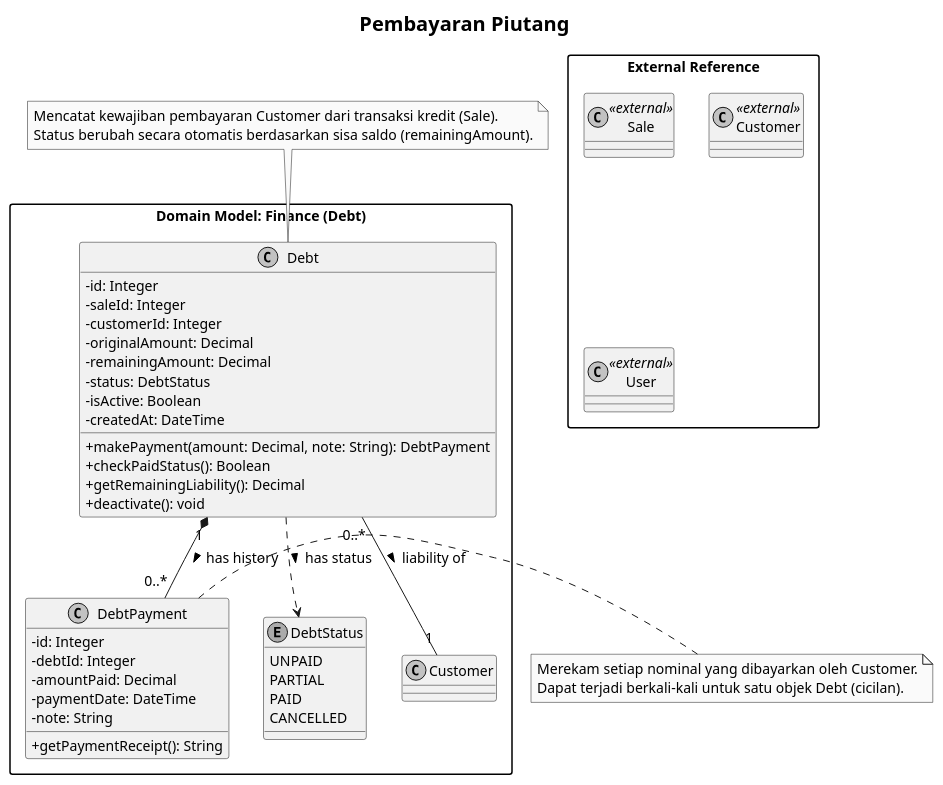
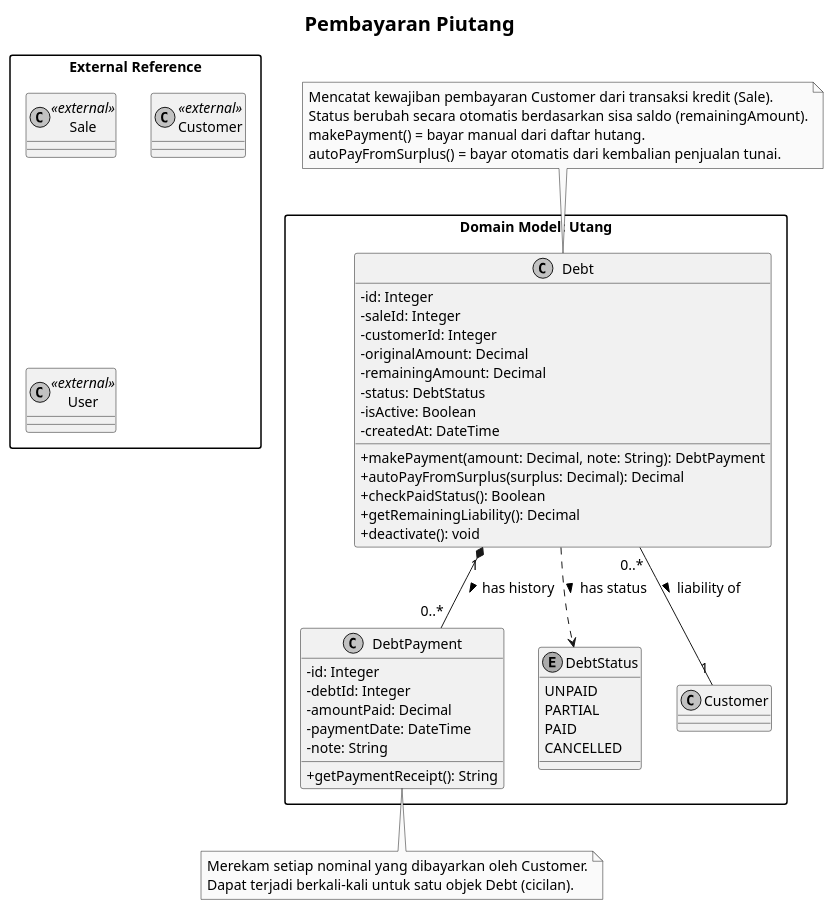
Before and after one commit to Aditiarzky/pos-app: the diagram in docs/uml-class-module-f-debt-payment.puml, drawn with PlantUML. The commit also changed 179 other files, not shown here.

```diff
--- a/docs/uml-class-module-f-debt-payment.puml
+++ b/docs/uml-class-module-f-debt-payment.puml
@@ -1,69 +1,72 @@
 @startuml Modul_F_Pembayaran_Piutang
 
 ' Pengaturan visual agar profesional dan fungsional
 skinparam classAttributeIconSize 0
 skinparam monochrome true
 skinparam packageStyle rectangle
 skinparam shadowing false
 skinparam defaultFontName "Arial"
 skinparam defaultFontSize 14
 skinparam titleFontSize 20
 
 title Pembayaran Piutang
 
-package "Domain Model: Finance (Debt)" {
+package "Domain Model: Utang" {
     class Debt {
         - id: Integer
         - saleId: Integer
         - customerId: Integer
         - originalAmount: Decimal
         - remainingAmount: Decimal
         - status: DebtStatus
         - isActive: Boolean
         - createdAt: DateTime
         + makePayment(amount: Decimal, note: String): DebtPayment
+        + autoPayFromSurplus(surplus: Decimal): Decimal
         + checkPaidStatus(): Boolean
         + getRemainingLiability(): Decimal
         + deactivate(): void
     }
 
     class DebtPayment {
         - id: Integer
         - debtId: Integer
         - amountPaid: Decimal
         - paymentDate: DateTime
         - note: String
         + getPaymentReceipt(): String
     }
 
     enum DebtStatus {
         UNPAID
         PARTIAL
         PAID
         CANCELLED
     }
 
     ' Relationships
     Debt "1" *-- "0..*" DebtPayment : has history >
     Debt ..> DebtStatus : has status >
     Debt "0..*" -- "1" Customer : liability of >
 }
 
 package "External Reference" {
     class Sale <<external>>
     class Customer <<external>>
     class User <<external>>
 }
 
 ' Catatan Fungsional
 note top of Debt
   Mencatat kewajiban pembayaran Customer dari transaksi kredit (Sale).
   Status berubah secara otomatis berdasarkan sisa saldo (remainingAmount).
+  makePayment() = bayar manual dari daftar hutang.
+  autoPayFromSurplus() = bayar otomatis dari kembalian penjualan tunai.
 end note
 
-note right of DebtPayment
+note bottom of DebtPayment
   Merekam setiap nominal yang dibayarkan oleh Customer.
   Dapat terjadi berkali-kali untuk satu objek Debt (cicilan).
 end note
 
 @enduml
```
